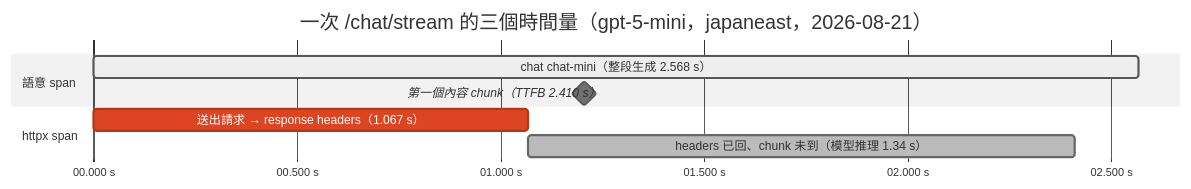
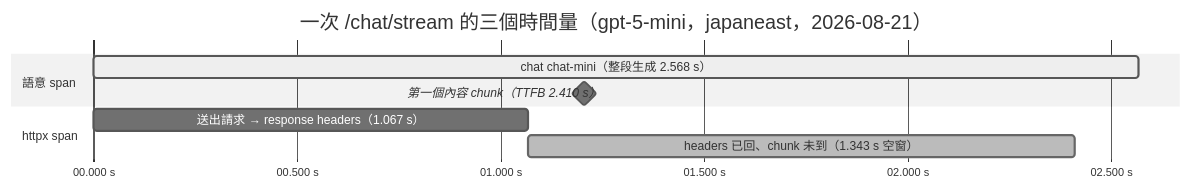
Before and after one commit to kehao-playground/azure-genai-backend-lab: the diagram in docs/diagrams/streaming-latency.zh-tw.mmd, drawn with Mermaid (neutral theme). The commit also changed 3 other files, not shown here.

```diff
--- a/docs/diagrams/streaming-latency.zh-tw.mmd
+++ b/docs/diagrams/streaming-latency.zh-tw.mmd
@@ -1,14 +1,16 @@
 %% Publication source (zh-TW) for the Day 27 article figure.
 %% English semantic companion: streaming-latency.md — keep the two in the same topology.
 %% The planning repo stores only the rendered PNG snapshot (proposal 005).
+%% Bar colors carry no status semantics; the grey segment is the
+%% headers-to-first-chunk gap, whose ownership the measurement does not decompose.
 gantt
     title 一次 /chat/stream 的三個時間量（gpt-5-mini，japaneast，2026-08-21）
     dateFormat x
     axisFormat %S.%L s
     tickInterval 500millisecond
     section 語意 span
         chat chat-mini（整段生成 2.568 s） : active, 0, 2568
         第一個內容 chunk（TTFB 2.410 s）   : milestone, 2410, 0
     section httpx span
-        送出請求 → response headers（1.067 s） : crit, 0, 1067
-        headers 已回、chunk 未到（模型推理 1.34 s） : done, 1067, 2410
+        送出請求 → response headers（1.067 s） : 0, 1067
+        headers 已回、chunk 未到（1.343 s 空窗） : done, 1067, 2410
```
